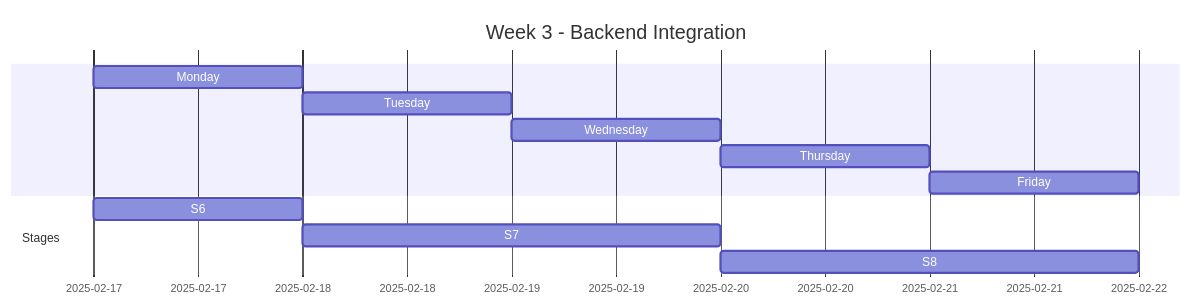
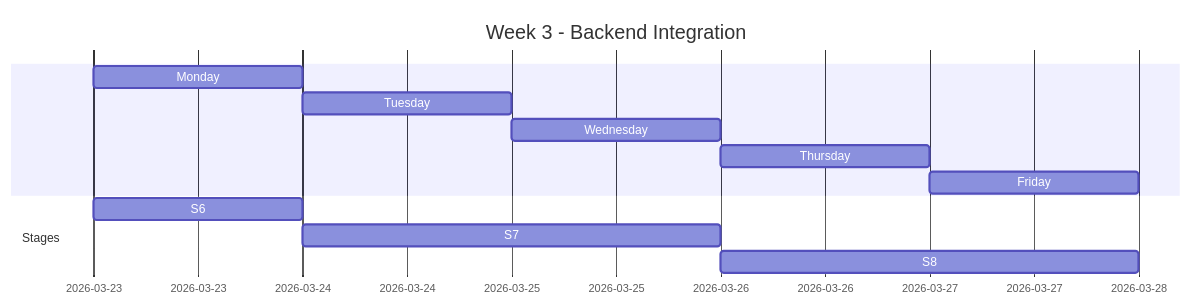
The fourth of 7 diagrams in docs/Android/Kotlin Android MVP Development Timeline.md (johnmarkovalo/BetWise), drawn with Mermaid before and after one commit. The commit also changed other lines of this file and 8 other files, not shown here.

````diff
--- a/docs/Android/Kotlin Android MVP Development Timeline.md
+++ b/docs/Android/Kotlin Android MVP Development Timeline.md
@@ -108,16 +108,16 @@
 ```mermaid
 gantt
     title Week 3 - Backend Integration
     dateFormat  YYYY-MM-DD
-    
-    Monday    :mon3, 2025-02-17, 1d
-    Tuesday   :tue3, 2025-02-18, 1d
-    Wednesday :wed3, 2025-02-19, 1d
-    Thursday  :thu3, 2025-02-20, 1d
-    Friday    :fri3, 2025-02-21, 1d
-    
+
+    Monday    :mon3, 2026-03-23, 1d
+    Tuesday   :tue3, 2026-03-24, 1d
+    Wednesday :wed3, 2026-03-25, 1d
+    Thursday  :thu3, 2026-03-26, 1d
+    Friday    :fri3, 2026-03-27, 1d
+
     section Stages
-    S6: WebSocket Complete (3h)        :s6b, 2025-02-17, 1d
-    S7: Time Synchronization (4h)      :s7, 2025-02-18, 2d
-    S8: Round Scheduler & Execution (6h):s8, 2025-02-20, 2d
+    S6: WebSocket Complete (3h)        :s6b, 2026-03-23, 1d
+    S7: Time Synchronization (4h)      :s7, 2026-03-24, 2d
+    S8: Round Scheduler & Execution (6h):s8, 2026-03-26, 2d
 ```
````
